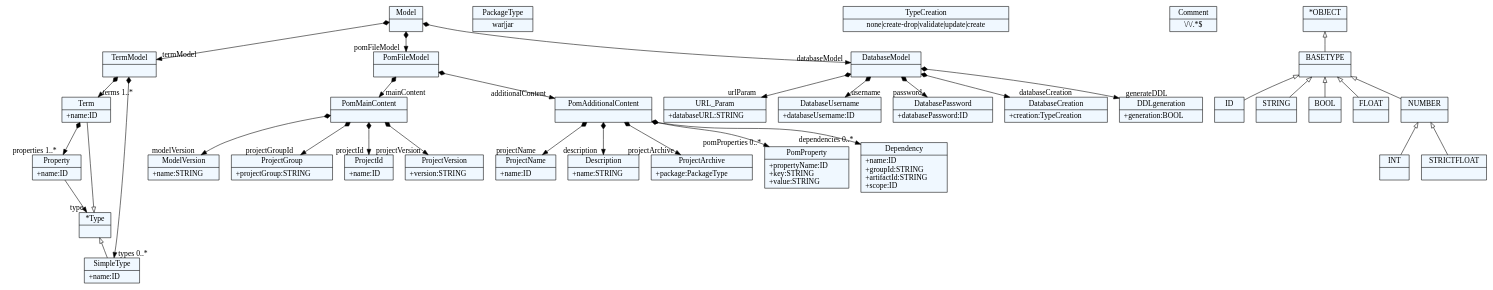
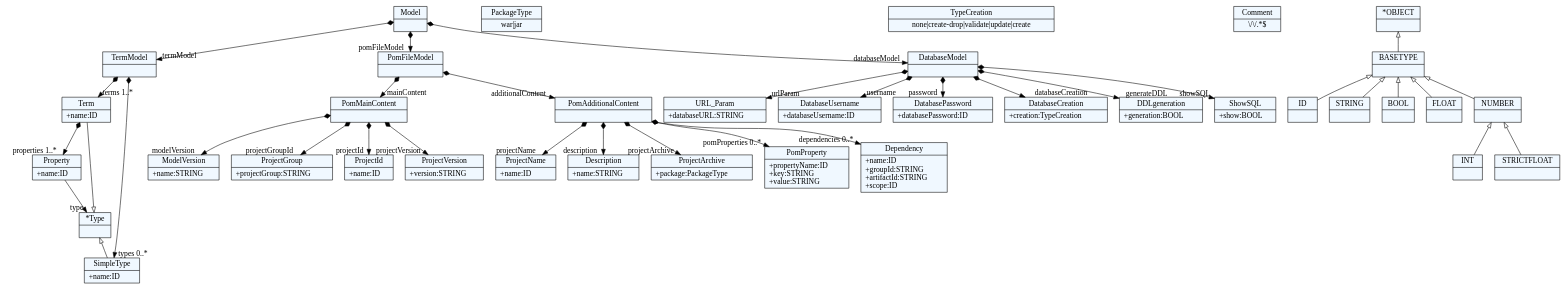
Before and after one commit to jovan996/Projekat-JSD: the diagram in dotexport/term.dot, drawn with Graphviz. The commit also changed 7 other files, not shown here.

```diff
--- a/dotexport/term.dot
+++ b/dotexport/term.dot
@@ -1,122 +1,125 @@
 
     digraph textX {
     fontname = "Bitstream Vera Sans"
     fontsize = 8
     node[
         shape=record,
         style=filled,
         fillcolor=aliceblue
     ]
     nodesep = 0.3
     edge[dir=black,arrowtail=empty]
 
 
-2593639160504[ label="{Model|}"]
+2684790953736[ label="{Model|}"]
 
-2593639149176[ label="{TermModel|}"]
+2684790932968[ label="{TermModel|}"]
 
-2593639143512[ label="{Term|+name:ID\l}"]
+2684790930136[ label="{Term|+name:ID\l}"]
 
-2593639152952[ label="{Property|+name:ID\l}"]
+2684790947128[ label="{Property|+name:ID\l}"]
 
-2593639167112[ label="{*Type|}"]
+2684790959400[ label="{*Type|}"]
 
-2593639255848[ label="{SimpleType|+name:ID\l}"]
+2684791056632[ label="{SimpleType|+name:ID\l}"]
 
-2593639145400[ label="{PomFileModel|}"]
+2684790960344[ label="{PomFileModel|}"]
 
-2593639157672[ label="{PomMainContent|}"]
+2684790958456[ label="{PomMainContent|}"]
 
-2593639162392[ label="{ModelVersion|+name:STRING\l}"]
+2684790943352[ label="{ModelVersion|+name:STRING\l}"]
 
-2593639146344[ label="{ProjectGroup|+projectGroup:STRING\l}"]
+2684790962232[ label="{ProjectGroup|+projectGroup:STRING\l}"]
 
-2593639159560[ label="{ProjectId|+name:ID\l}"]
+2684790963176[ label="{ProjectId|+name:ID\l}"]
 
-2593639142568[ label="{ProjectVersion|+version:STRING\l}"]
+2684790941464[ label="{ProjectVersion|+version:STRING\l}"]
 
-2593639174664[ label="{PomAdditionalContent|}"]
+2684790966008[ label="{PomAdditionalContent|}"]
 
-2593639177496[ label="{ProjectName|+name:ID\l}"]
+2684790967896[ label="{ProjectName|+name:ID\l}"]
 
-2593639175608[ label="{Description|+name:STRING\l}"]
+2684790979224[ label="{Description|+name:STRING\l}"]
 
-2593639183160[ label="{ProjectArchive|+package:PackageType\l}"]
+2684790974504[ label="{ProjectArchive|+package:PackageType\l}"]
 
-2593639189768[ label="{PackageType|war\|jar}"]
+2684790977336[ label="{PackageType|war\|jar}"]
 
-2593639190712[ label="{PomProperty|+propertyName:ID\l+key:STRING\l+value:STRING\l}"]
+2684790982056[ label="{PomProperty|+propertyName:ID\l+key:STRING\l+value:STRING\l}"]
 
-2593639192600[ label="{Dependency|+name:ID\l+groupId:STRING\l+artifactId:STRING\l+scope:ID\l}"]
+2684790984888[ label="{Dependency|+name:ID\l+groupId:STRING\l+artifactId:STRING\l+scope:ID\l}"]
 
-2593639168056[ label="{DatabaseModel|}"]
+2684790928248[ label="{DatabaseModel|}"]
 
-2593639171832[ label="{URL_Param|+databaseURL:STRING\l}"]
+2684790976392[ label="{URL_Param|+databaseURL:STRING\l}"]
 
-2593639187880[ label="{DatabaseUsername|+databaseUsername:ID\l}"]
+2684790985832[ label="{DatabaseUsername|+databaseUsername:ID\l}"]
 
-2593639182216[ label="{DatabasePassword|+databasePassword:ID\l}"]
+2684790969784[ label="{DatabasePassword|+databasePassword:ID\l}"]
 
-2593639256792[ label="{DatabaseCreation|+creation:TypeCreation\l}"]
+2684791050024[ label="{DatabaseCreation|+creation:TypeCreation\l}"]
 
-2593644036008[ label="{TypeCreation|none\|create-drop\|validate\|update\|create}"]
+2684795816968[ label="{TypeCreation|none\|create-drop\|validate\|update\|create}"]
 
-2593644050168[ label="{DDLgeneration|+generation:BOOL\l}"]
+2684795821688[ label="{DDLgeneration|+generation:BOOL\l}"]
 
-2593644026568[ label="{Comment|\\/\\/.*$}"]
+2684795823576[ label="{ShowSQL|+show:BOOL\l}"]
 
-2593639261512[ label="{ID|}"]
+2684795834904[ label="{Comment|\\/\\/.*$}"]
 
-2593639258680[ label="{STRING|}"]
+2684791054744[ label="{ID|}"]
 
-2593639155784[ label="{BOOL|}"]
+2684791050968[ label="{STRING|}"]
 
-2593639148232[ label="{INT|}"]
+2684790942408[ label="{BOOL|}"]
 
-2593639152008[ label="{FLOAT|}"]
+2684790946184[ label="{INT|}"]
 
-2593639153896[ label="{STRICTFLOAT|}"]
+2684790934856[ label="{FLOAT|}"]
 
-2593639137848[ label="{NUMBER|}"]
+2684790932024[ label="{STRICTFLOAT|}"]
 
-2593639133128[ label="{BASETYPE|}"]
+2684790933912[ label="{NUMBER|}"]
 
-2593639135960[ label="{*OBJECT|}"]
+2684790949016[ label="{BASETYPE|}"]
+
+2684790935800[ label="{*OBJECT|}"]
 
 
 
-2593639160504 -> 2593639149176[arrowtail=diamond, dir=both, headlabel="termModel "]
-2593639160504 -> 2593639145400[arrowtail=diamond, dir=both, headlabel="pomFileModel "]
-2593639160504 -> 2593639168056[arrowtail=diamond, dir=both, headlabel="databaseModel "]
-2593639149176 -> 2593639255848[arrowtail=diamond, dir=both, headlabel="types 0..*"]
-2593639149176 -> 2593639143512[arrowtail=diamond, dir=both, headlabel="terms 1..*"]
-2593639143512 -> 2593639152952[arrowtail=diamond, dir=both, headlabel="properties 1..*"]
-2593639152952 -> 2593639167112[headlabel="type "]
-2593639167112 -> 2593639255848 [dir=back]
-2593639167112 -> 2593639143512 [dir=back]
-2593639145400 -> 2593639157672[arrowtail=diamond, dir=both, headlabel="mainContent "]
-2593639145400 -> 2593639174664[arrowtail=diamond, dir=both, headlabel="additionalContent "]
-2593639157672 -> 2593639162392[arrowtail=diamond, dir=both, headlabel="modelVersion "]
-2593639157672 -> 2593639146344[arrowtail=diamond, dir=both, headlabel="projectGroupId "]
-2593639157672 -> 2593639159560[arrowtail=diamond, dir=both, headlabel="projectId "]
-2593639157672 -> 2593639142568[arrowtail=diamond, dir=both, headlabel="projectVersion "]
-2593639174664 -> 2593639183160[arrowtail=diamond, dir=both, headlabel="projectArchive "]
-2593639174664 -> 2593639177496[arrowtail=diamond, dir=both, headlabel="projectName "]
-2593639174664 -> 2593639175608[arrowtail=diamond, dir=both, headlabel="description "]
-2593639174664 -> 2593639190712[arrowtail=diamond, dir=both, headlabel="pomProperties 0..*"]
-2593639174664 -> 2593639192600[arrowtail=diamond, dir=both, headlabel="dependencies 0..*"]
-2593639168056 -> 2593639171832[arrowtail=diamond, dir=both, headlabel="urlParam "]
-2593639168056 -> 2593639187880[arrowtail=diamond, dir=both, headlabel="username "]
-2593639168056 -> 2593639182216[arrowtail=diamond, dir=both, headlabel="password "]
-2593639168056 -> 2593639256792[arrowtail=diamond, dir=both, headlabel="databaseCreation "]
-2593639168056 -> 2593644050168[arrowtail=diamond, dir=both, headlabel="generateDDL "]
-2593639137848 -> 2593639153896 [dir=back]
-2593639137848 -> 2593639148232 [dir=back]
-2593639133128 -> 2593639137848 [dir=back]
-2593639133128 -> 2593639152008 [dir=back]
-2593639133128 -> 2593639155784 [dir=back]
-2593639133128 -> 2593639261512 [dir=back]
-2593639133128 -> 2593639258680 [dir=back]
-2593639135960 -> 2593639133128 [dir=back]
+2684790953736 -> 2684790932968[arrowtail=diamond, dir=both, headlabel="termModel "]
+2684790953736 -> 2684790960344[arrowtail=diamond, dir=both, headlabel="pomFileModel "]
+2684790953736 -> 2684790928248[arrowtail=diamond, dir=both, headlabel="databaseModel "]
+2684790932968 -> 2684791056632[arrowtail=diamond, dir=both, headlabel="types 0..*"]
+2684790932968 -> 2684790930136[arrowtail=diamond, dir=both, headlabel="terms 1..*"]
+2684790930136 -> 2684790947128[arrowtail=diamond, dir=both, headlabel="properties 1..*"]
+2684790947128 -> 2684790959400[headlabel="type "]
+2684790959400 -> 2684791056632 [dir=back]
+2684790959400 -> 2684790930136 [dir=back]
+2684790960344 -> 2684790958456[arrowtail=diamond, dir=both, headlabel="mainContent "]
+2684790960344 -> 2684790966008[arrowtail=diamond, dir=both, headlabel="additionalContent "]
+2684790958456 -> 2684790943352[arrowtail=diamond, dir=both, headlabel="modelVersion "]
+2684790958456 -> 2684790962232[arrowtail=diamond, dir=both, headlabel="projectGroupId "]
+2684790958456 -> 2684790963176[arrowtail=diamond, dir=both, headlabel="projectId "]
+2684790958456 -> 2684790941464[arrowtail=diamond, dir=both, headlabel="projectVersion "]
+2684790966008 -> 2684790974504[arrowtail=diamond, dir=both, headlabel="projectArchive "]
+2684790966008 -> 2684790967896[arrowtail=diamond, dir=both, headlabel="projectName "]
+2684790966008 -> 2684790979224[arrowtail=diamond, dir=both, headlabel="description "]
+2684790966008 -> 2684790982056[arrowtail=diamond, dir=both, headlabel="pomProperties 0..*"]
+2684790966008 -> 2684790984888[arrowtail=diamond, dir=both, headlabel="dependencies 0..*"]
+2684790928248 -> 2684790976392[arrowtail=diamond, dir=both, headlabel="urlParam "]
+2684790928248 -> 2684790985832[arrowtail=diamond, dir=both, headlabel="username "]
+2684790928248 -> 2684790969784[arrowtail=diamond, dir=both, headlabel="password "]
+2684790928248 -> 2684791050024[arrowtail=diamond, dir=both, headlabel="databaseCreation "]
+2684790928248 -> 2684795821688[arrowtail=diamond, dir=both, headlabel="generateDDL "]
+2684790928248 -> 2684795823576[arrowtail=diamond, dir=both, headlabel="showSQL "]
+2684790933912 -> 2684790932024 [dir=back]
+2684790933912 -> 2684790946184 [dir=back]
+2684790949016 -> 2684790933912 [dir=back]
+2684790949016 -> 2684790934856 [dir=back]
+2684790949016 -> 2684790942408 [dir=back]
+2684790949016 -> 2684791054744 [dir=back]
+2684790949016 -> 2684791050968 [dir=back]
+2684790935800 -> 2684790949016 [dir=back]
 
 }
```
